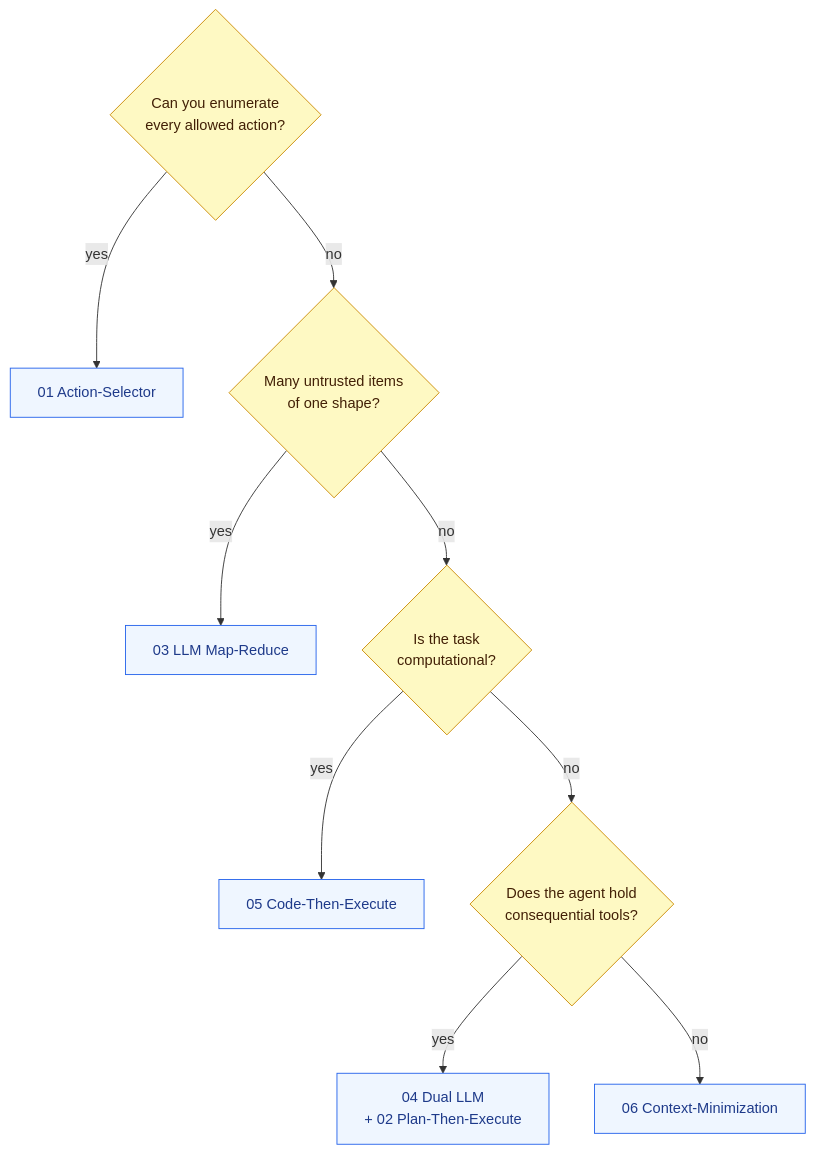
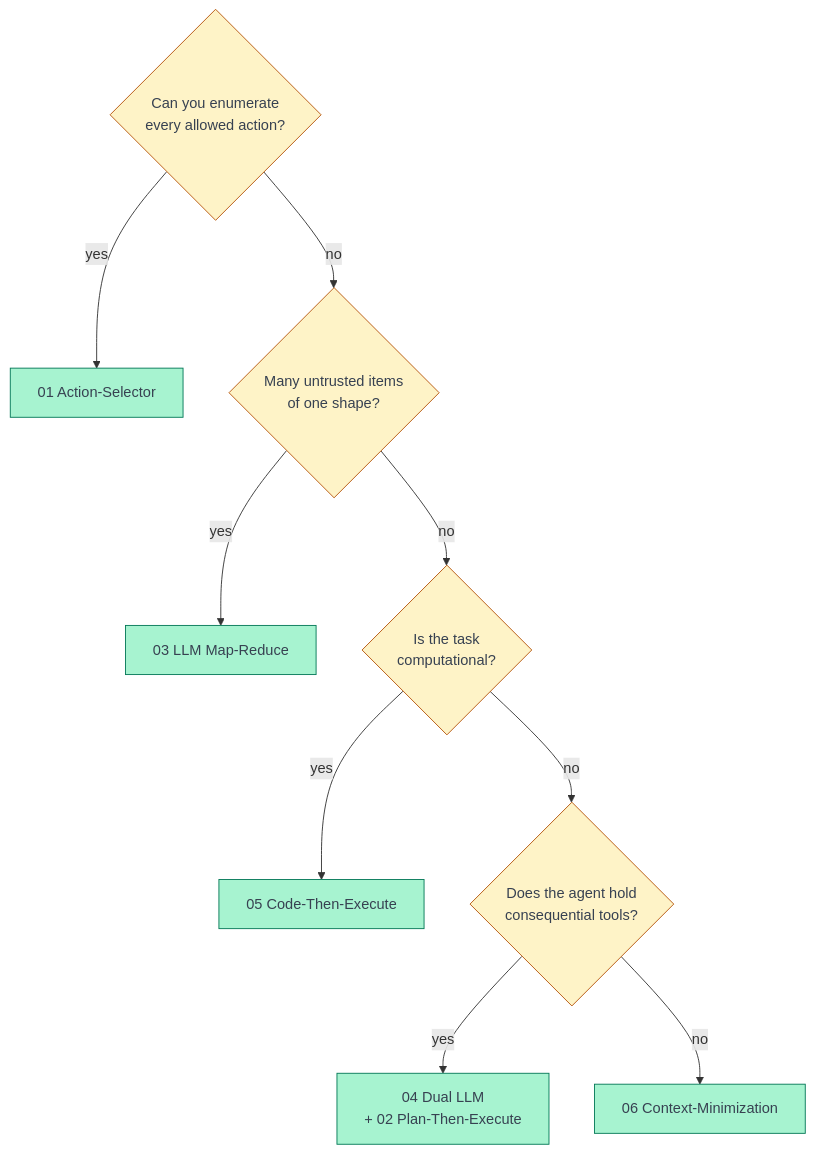
The third of 5 diagrams in README.md (damiangilgonzalez1995/prompt-injection-patterns), drawn with Mermaid before and after one commit. The commit also changed other lines of this file, not shown here.

First line of the commit message:
Redesign README diagrams to argue, not display

````diff
--- a/README.md
+++ b/README.md
@@ -138,15 +146,16 @@
 ```mermaid
+%% Decision tree: pick the pattern whose trade-off your task can pay.
 flowchart TD
-    S{"Can you enumerate<br/>every allowed action?"} -->|yes| A["01 Action-Selector"]
-    S -->|no| M{"Many untrusted items<br/>of one shape?"}
+    S{"Can you enumerate<br>every allowed action?"} -->|yes| A["01 Action-Selector"]
+    S -->|no| M{"Many untrusted items<br>of one shape?"}
     M -->|yes| B["03 LLM Map-Reduce"]
-    M -->|no| C{"Is the task<br/>computational?"}
+    M -->|no| C{"Is the task<br>computational?"}
     C -->|yes| D["05 Code-Then-Execute"]
-    C -->|no| E{"Does the agent hold<br/>consequential tools?"}
-    E -->|yes| F["04 Dual LLM<br/>+ 02 Plan-Then-Execute"]
+    C -->|no| E{"Does the agent hold<br>consequential tools?"}
+    E -->|yes| F["04 Dual LLM<br>+ 02 Plan-Then-Execute"]
     E -->|no| G["06 Context-Minimization"]
-    classDef q fill:#fef9c3,stroke:#ca8a04,color:#422006;
-    classDef ans fill:#eff6ff,stroke:#2563eb,color:#1e3a8a;
-    class S,M,C,E q
+    classDef decision fill:#fef3c7,stroke:#b45309,color:#374151
+    classDef ans fill:#a7f3d0,stroke:#047857,color:#374151
+    class S,M,C,E decision
     class A,B,D,F,G ans
 ```
````
